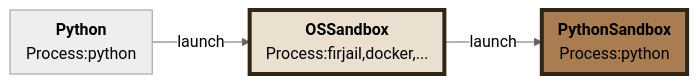
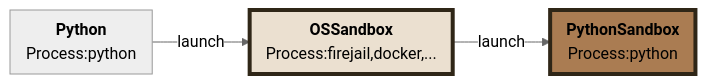
The fourth of 5 diagrams in README.md (pprados/pysandboxes), drawn with Mermaid (neutral theme) before and after one commit. The commit also changed other lines of this file, not shown here.

````diff
--- a/README.md
+++ b/README.md
@@ -394,16 +385,16 @@
 ```mermaid
 flowchart LR
     subgraph Python [<b>Python</b><br/>Process:python]
     end
-    subgraph OSSandbox ["<b>OSSandbox</b><br/>Process:firjail,docker,..."]
+    subgraph OSSandbox ["<b>OSSandbox</b><br/>Process:firejail,docker,..."]
     end
     subgraph PythonSandbox ["<b>PythonSandbox</b><br/>Process:python"]
     end
     Python  -- launch --> OSSandbox
     OSSandbox  -- launch --> PythonSandbox
 
     %% Custom style for OSSandbox
     style OSSandbox fill:#ebe0d0,stroke:#2f2617,stroke-width:4px
     style PythonSandbox fill:#aa7c52,stroke:#2f2617,stroke-width:4px
 
 ```
````
